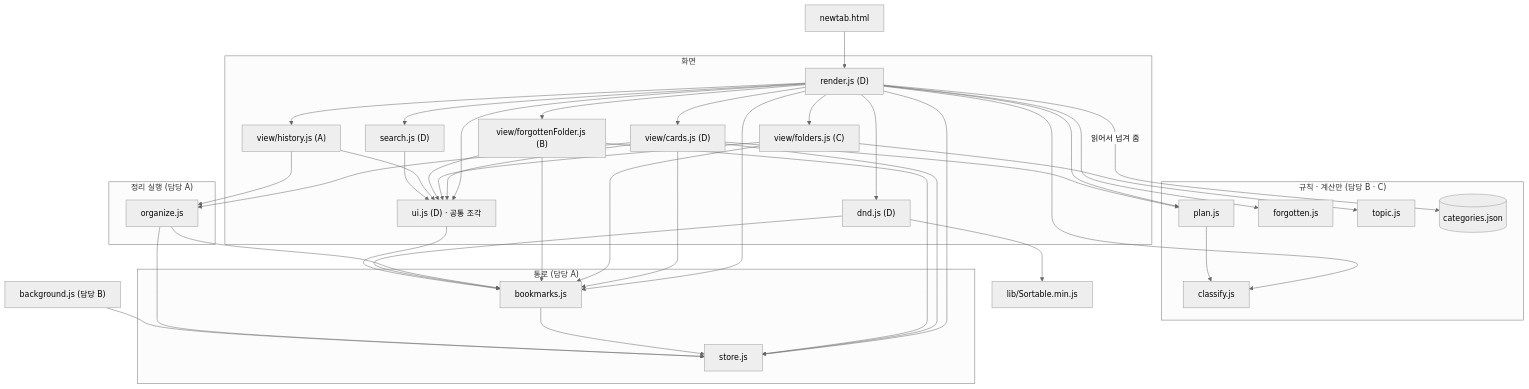
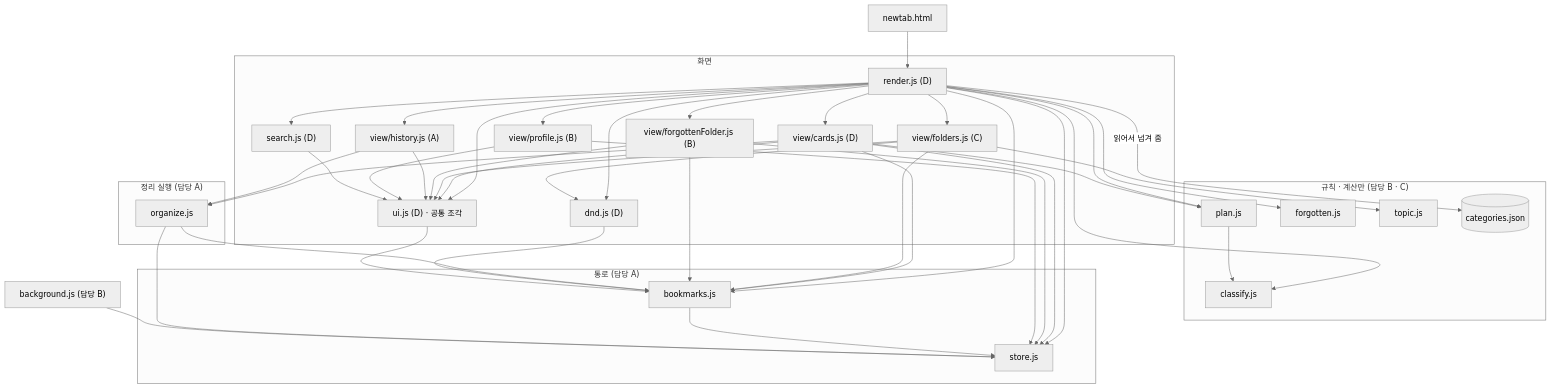
Before and after one commit to aix-team-5/aix_BaroLink_bookmark: the second of 3 diagrams in docs/file-structure.md, drawn with Mermaid (neutral theme). The commit also changed other lines of this file and 7 other files, not shown here.

````diff
--- a/docs/file-structure.md
+++ b/docs/file-structure.md
@@ -128,70 +133,74 @@
 ```mermaid
 graph TD
   HTML["newtab.html"] --> RENDER
 
   subgraph UI["화면"]
     RENDER["render.js (D)"]
     CARDS["view/cards.js (D)"]
     FOLDERS["view/folders.js (C)"]
     FVIEW["view/forgottenFolder.js (B)"]
     HVIEW["view/history.js (A)"]
+    PVIEW["view/profile.js (B)"]
     SEARCH["search.js (D)"]
     DND["dnd.js (D)"]
     UIJS["ui.js (D) · 공통 조각"]
   end
 
   subgraph RUN["정리 실행 (담당 A)"]
     ORG["organize.js"]
   end
 
   subgraph RULE["규칙 · 계산만 (담당 B · C)"]
     CLS["classify.js"]
     PLAN["plan.js"]
     FORGOT["forgotten.js"]
     TOPIC["topic.js"]
     CAT[("categories.json")]
   end
 
   subgraph PIPE["통로 (담당 A)"]
     BMJS["bookmarks.js"]
     STORE["store.js"]
   end
 
   SW["background.js (담당 B)"]
 
   RENDER --> CARDS
   RENDER --> FOLDERS
   RENDER --> FVIEW
   RENDER --> HVIEW
+  RENDER --> PVIEW
   RENDER --> SEARCH
   RENDER --> DND
   RENDER --> PLAN
   RENDER --> FORGOT
   RENDER --> CLS
   RENDER --> BMJS
   RENDER --> STORE
   RENDER -->|"읽어서 넘겨 줌"| CAT
   CARDS --> ORG
   CARDS --> STORE
   CARDS --> PLAN
   CARDS --> BMJS
   FOLDERS --> BMJS
   FOLDERS --> TOPIC
+  FOLDERS --> DND
   FVIEW --> BMJS
   FVIEW --> STORE
   HVIEW --> ORG
+  PVIEW --> STORE
   PLAN --> CLS
   BMJS --> STORE
   ORG --> BMJS
   ORG --> STORE
   DND --> BMJS
-  DND --> SORT["lib/Sortable.min.js"]
   RENDER --> UIJS
   CARDS --> UIJS
   FOLDERS --> UIJS
   FVIEW --> UIJS
   HVIEW --> UIJS
+  PVIEW --> UIJS
   SEARCH --> UIJS
   UIJS --> BMJS
   SW --> STORE
 ```
````
